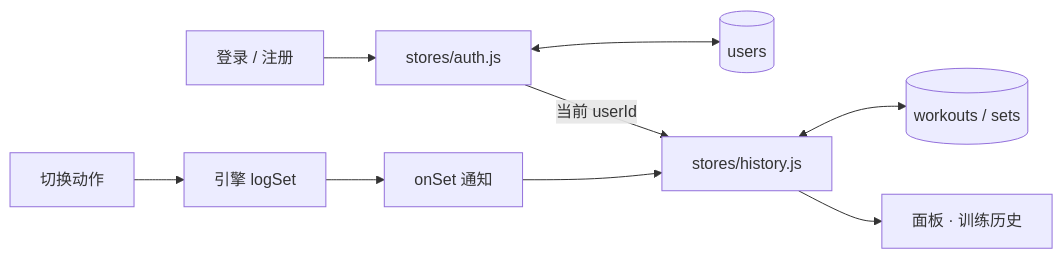
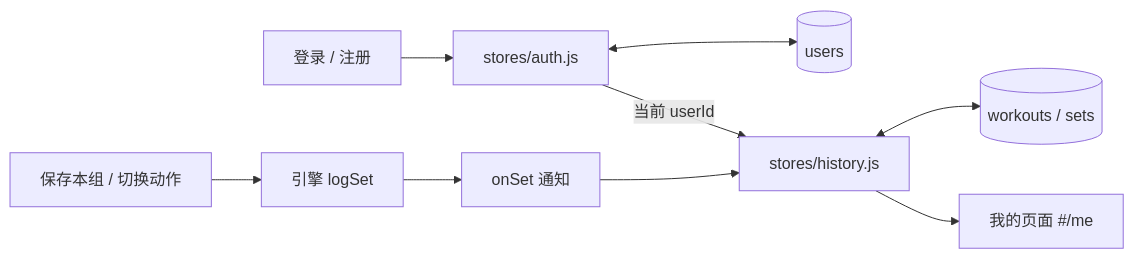
The second of 2 diagrams in documents/数据库设计书.md (OrangeCoke1/Future-Gym), drawn with Mermaid before and after one commit. The commit also changed other lines of this file and 21 other files, not shown here.

````diff
--- a/documents/数据库设计书.md
+++ b/documents/数据库设计书.md
@@ -148,11 +149,11 @@
 ```mermaid
 flowchart LR
     L[登录 / 注册] --> AU[stores/auth.js]
     AU <--> U[(users)]
-    A[切换动作] --> B[引擎 logSet]
+    A[保存本组 / 切换动作] --> B[引擎 logSet]
     B --> C[onSet 通知]
     C --> D[stores/history.js]
     AU -- 当前 userId --> D
     D <--> W[(workouts / sets)]
-    D --> F[面板 · 训练历史]
+    D --> F[我的页面 #/me]
 ```
````
